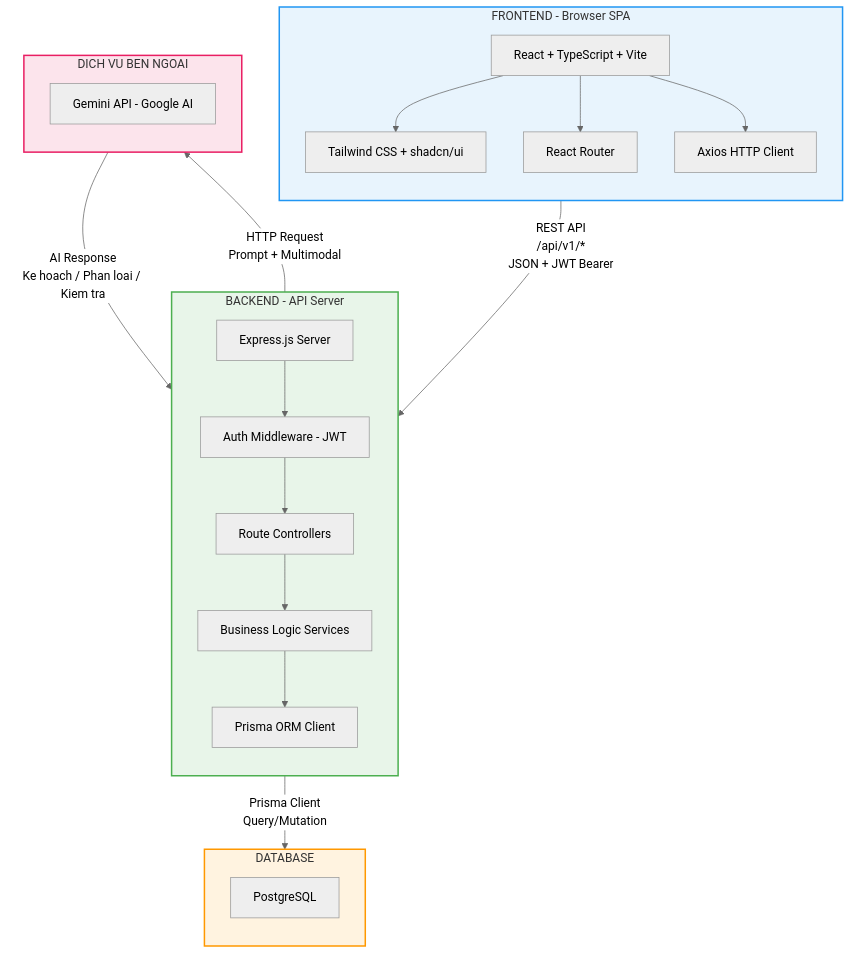
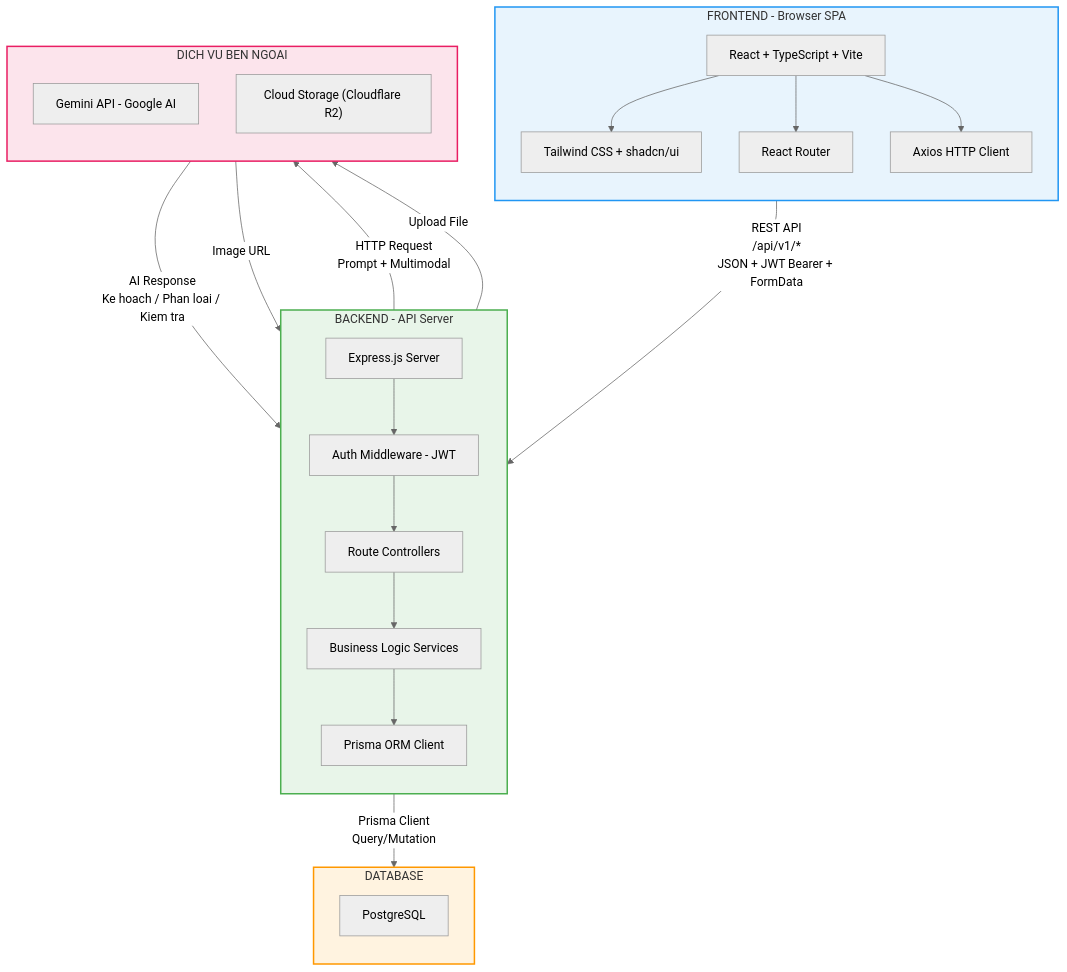
One commit to Lade1q/planning-ai changed the first of 4 diagrams in docs/analysis and design/high-level-architecture.md. Above: the diagram before and after it, drawn with Mermaid (neutral theme). The commit also changed other lines of this file, not shown here.

Commit message:
docs: cập nhật kiến trúc, bổ sung Cloudflare R2 cho Moment Capture

````diff
--- a/docs/analysis and design/high-level-architecture.md
+++ b/docs/analysis and design/high-level-architecture.md
@@ -20,46 +20,49 @@
 ```mermaid
 graph TB
     subgraph CLIENT["FRONTEND - Browser SPA"]
         direction TB
         UI["React + TypeScript + Vite"]
         STYLE["Tailwind CSS + shadcn/ui"]
         ROUTER["React Router"]
         HTTP["Axios HTTP Client"]
         UI --> STYLE
         UI --> ROUTER
         UI --> HTTP
     end
 
     subgraph SERVER["BACKEND - API Server"]
         direction TB
         EXPRESS["Express.js Server"]
         AUTH_MW["Auth Middleware - JWT"]
         CONTROLLERS["Route Controllers"]
         SERVICES["Business Logic Services"]
         PRISMA["Prisma ORM Client"]
         EXPRESS --> AUTH_MW
         AUTH_MW --> CONTROLLERS
         CONTROLLERS --> SERVICES
         SERVICES --> PRISMA
     end
 
     subgraph DATA["DATABASE"]
         direction TB
         PG["PostgreSQL"]
     end
 
     subgraph EXTERNAL["DICH VU BEN NGOAI"]
         direction TB
         GEMINI["Gemini API - Google AI"]
+        CLOUD_STORAGE["Cloud Storage (Cloudflare R2)"]
     end
 
-    HTTP -- "REST API\n/api/v1/*\nJSON + JWT Bearer" --> EXPRESS
+    HTTP -- "REST API\n/api/v1/*\nJSON + JWT Bearer + FormData" --> EXPRESS
     PRISMA -- "Prisma Client\nQuery/Mutation" --> PG
     SERVICES -- "HTTP Request\nPrompt + Multimodal" --> GEMINI
     GEMINI -- "AI Response\nKe hoach / Phan loai / Kiem tra" --> SERVICES
+    SERVICES -- "Upload File" --> CLOUD_STORAGE
+    CLOUD_STORAGE -- "Image URL" --> SERVICES
 
     style CLIENT fill:#e8f4fd,stroke:#2196F3,stroke-width:2px
     style SERVER fill:#e8f5e9,stroke:#4CAF50,stroke-width:2px
     style DATA fill:#fff3e0,stroke:#FF9800,stroke-width:2px
     style EXTERNAL fill:#fce4ec,stroke:#E91E63,stroke-width:2px
 ```
````
